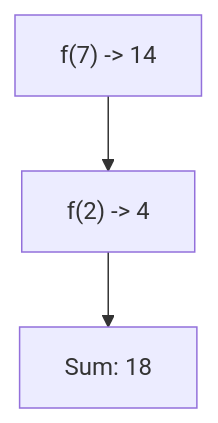
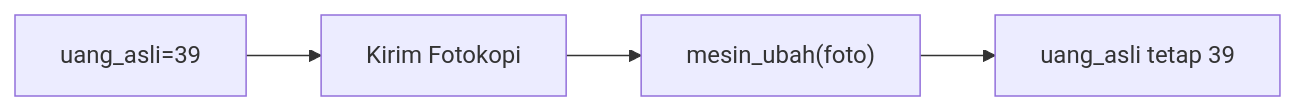
The eighth of 25 diagrams in part-c-pemahaman-cpp/04-fungsi/latihan/set-05.md (amnahwaida/OSNK_INF_PREP), drawn with Mermaid before and after one commit. The commit also changed other lines of this file and 71 other files, not shown here.

````diff
--- a/part-c-pemahaman-cpp/04-fungsi/latihan/set-05.md
+++ b/part-c-pemahaman-cpp/04-fungsi/latihan/set-05.md
@@ -208,5 +217,6 @@
 ```mermaid
-graph TD
-A["f(7) -> 14"] --> B["f(2) -> 4"]
-B --> C["Sum: 18"]
+graph LR
+A["uang_asli=39"] --> B["Kirim Fotokopi"]
+B --> C["mesin_ubah(foto)"]
+C --> D["uang_asli tetap 39"]
 ```
````
